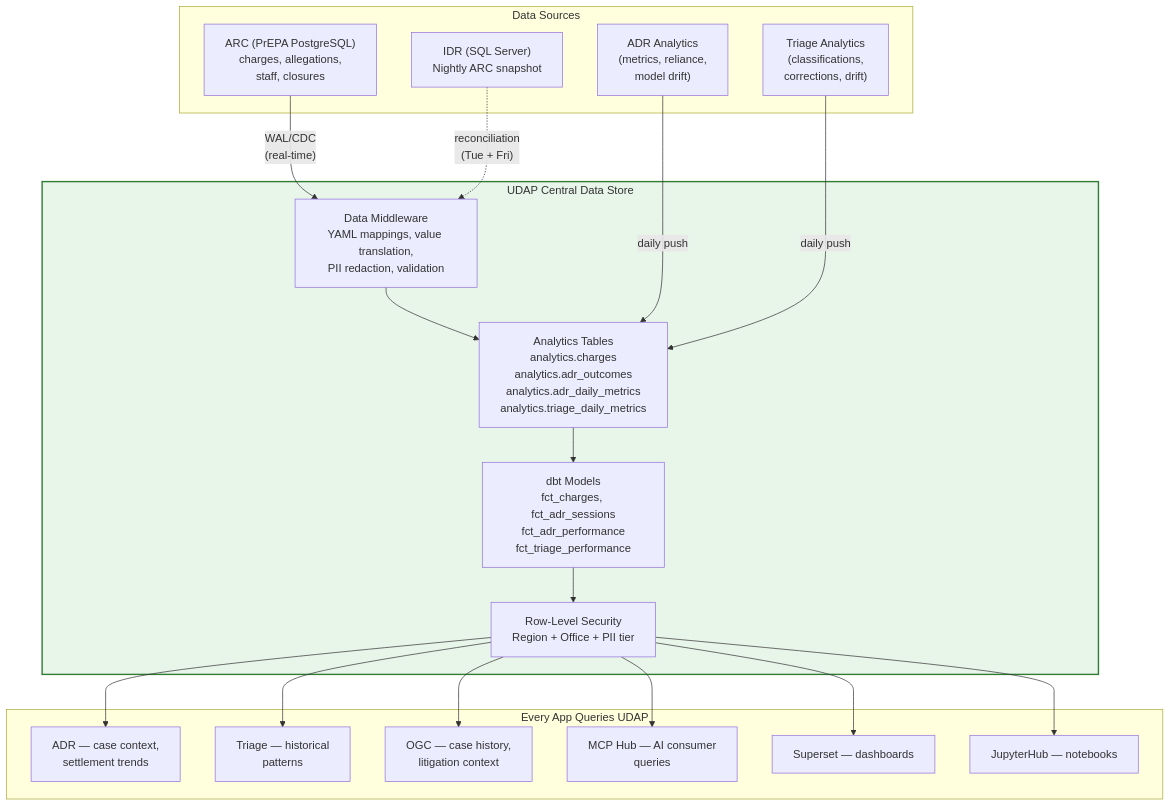
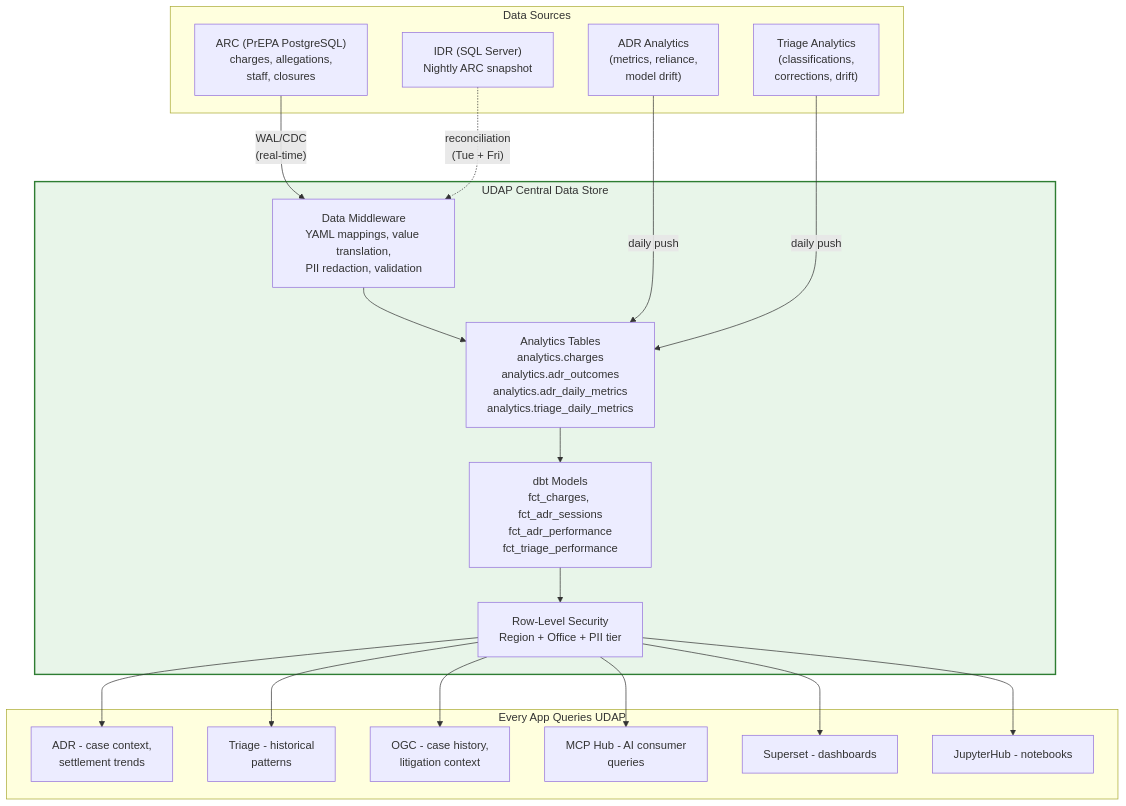
One commit to derekcentrico/eeoc-ai-platform-docs changed the fourth of 6 diagrams in OCIO_Leadership_Briefing.md. Above: the diagram before and after it, drawn with Mermaid. The commit also changed other lines of this file and 18 other files, not shown here.

````diff
--- a/OCIO_Leadership_Briefing.md
+++ b/OCIO_Leadership_Briefing.md
@@ -231,34 +231,34 @@
 ```mermaid
 flowchart TB
     subgraph Sources["Data Sources"]
         ARC["ARC (PrEPA PostgreSQL)<br/>charges, allegations,<br/>staff, closures"]
         ADR_Data["ADR Analytics<br/>(metrics, reliance,<br/>model drift)"]
         Triage_Data["Triage Analytics<br/>(classifications,<br/>corrections, drift)"]
         IDR["IDR (SQL Server)<br/>Nightly ARC snapshot"]
     end
 
     subgraph UDAP["UDAP Central Data Store"]
         MW["Data Middleware<br/>YAML mappings, value translation,<br/>PII redaction, validation"]
         Raw["Analytics Tables<br/>analytics.charges<br/>analytics.adr_outcomes<br/>analytics.adr_daily_metrics<br/>analytics.triage_daily_metrics"]
         dbt["dbt Models<br/>fct_charges, fct_adr_sessions<br/>fct_adr_performance<br/>fct_triage_performance"]
         RLS["Row-Level Security<br/>Region + Office + PII tier"]
         MW --> Raw --> dbt --> RLS
     end
 
     subgraph Consumers["Every App Queries UDAP"]
-        C1["ADR — case context,<br/>settlement trends"]
-        C2["Triage — historical<br/>patterns"]
-        C3["OGC — case history,<br/>litigation context"]
-        C4["MCP Hub — AI consumer<br/>queries"]
-        C5["Superset — dashboards"]
-        C6["JupyterHub — notebooks"]
+        C1["ADR - case context,<br/>settlement trends"]
+        C2["Triage - historical<br/>patterns"]
+        C3["OGC - case history,<br/>litigation context"]
+        C4["MCP Hub - AI consumer<br/>queries"]
+        C5["Superset - dashboards"]
+        C6["JupyterHub - notebooks"]
     end
 
     ARC -->|"WAL/CDC<br/>(real-time)"| MW
     IDR -.->|"reconciliation<br/>(Tue + Fri)"| MW
     ADR_Data -->|"daily push"| Raw
     Triage_Data -->|"daily push"| Raw
     RLS --> C1 & C2 & C3 & C4 & C5 & C6
 
     style UDAP fill:#e8f5e9,stroke:#2e7d32,stroke-width:2px
 ```
````
